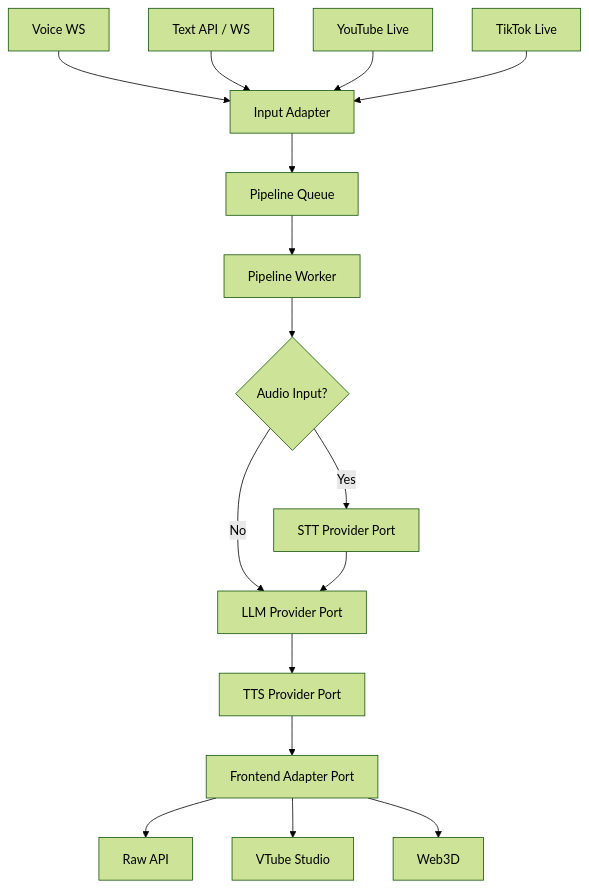
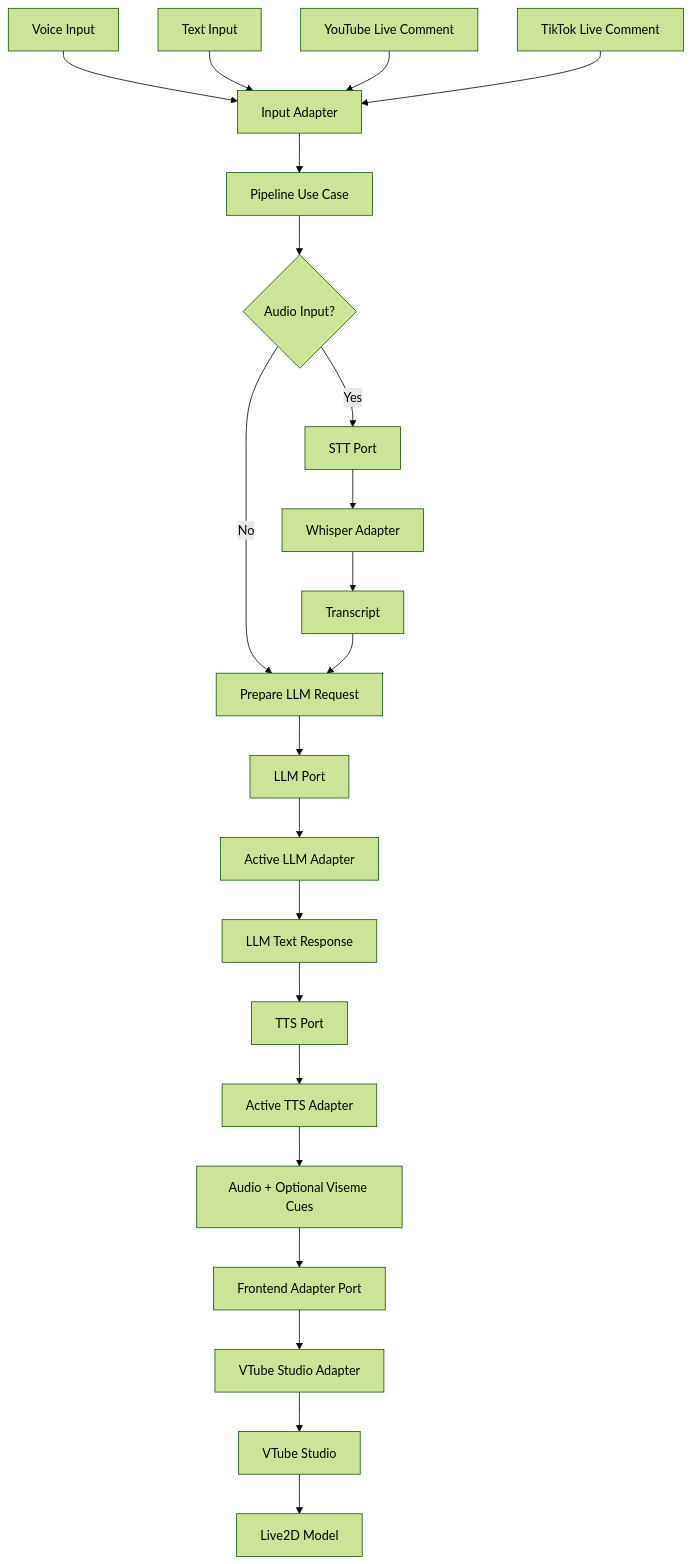
The third of 10 diagrams in docs/04_BACKEND_DESIGN.md (Jonathan0823/VoxaLive), drawn with Mermaid (forest theme) before and after one commit. The commit also changed other lines of this file, not shown here.

```diff
--- a/docs/04_BACKEND_DESIGN.md
+++ b/docs/04_BACKEND_DESIGN.md
@@ -47,21 +205,30 @@
 ~~~mermaid
 flowchart TD
-    Voice[Voice WS] --> InputAdapter[Input Adapter]
-    Text[Text API / WS] --> InputAdapter
-    Youtube[YouTube Live] --> InputAdapter
-    TikTok[TikTok Live] --> InputAdapter
+    Voice[Voice Input] --> InputAdapter[Input Adapter]
+    Text[Text Input] --> InputAdapter
+    Youtube[YouTube Live Comment] --> InputAdapter
+    TikTok[TikTok Live Comment] --> InputAdapter
 
-    InputAdapter --> Queue[Pipeline Queue]
-    Queue --> Worker[Pipeline Worker]
+    InputAdapter --> PipelineUseCase[Pipeline Use Case]
+    PipelineUseCase --> IsAudio{Audio Input?}
 
-    Worker --> IsAudio{Audio Input?}
-    IsAudio -->|Yes| STT[STT Provider Port]
-    IsAudio -->|No| LLM[LLM Provider Port]
-    STT --> LLM
-    LLM --> TTS[TTS Provider Port]
-    TTS --> Output[Frontend Adapter Port]
+    IsAudio -->|Yes| STTPort[STT Port]
+    IsAudio -->|No| LLMRequest[Prepare LLM Request]
 
-    Output --> Raw[Raw API]
-    Output --> VTS[VTube Studio]
-    Output --> Web3D[Web3D]
+    STTPort --> WhisperAdapter[Whisper Adapter]
+    WhisperAdapter --> Transcript[Transcript]
+    Transcript --> LLMRequest
+
+    LLMRequest --> LLMPort[LLM Port]
+    LLMPort --> ActiveLLM[Active LLM Adapter]
+    ActiveLLM --> LLMResponse[LLM Text Response]
+
+    LLMResponse --> TTSPort[TTS Port]
+    TTSPort --> ActiveTTS[Active TTS Adapter]
+    ActiveTTS --> TTSOutput[Audio + Optional Viseme Cues]
+
+    TTSOutput --> FrontendPort[Frontend Adapter Port]
+    FrontendPort --> VTSAdapter[VTube Studio Adapter]
+    VTSAdapter --> VTubeStudio[VTube Studio]
+    VTubeStudio --> Live2D[Live2D Model]
 ~~~
```
